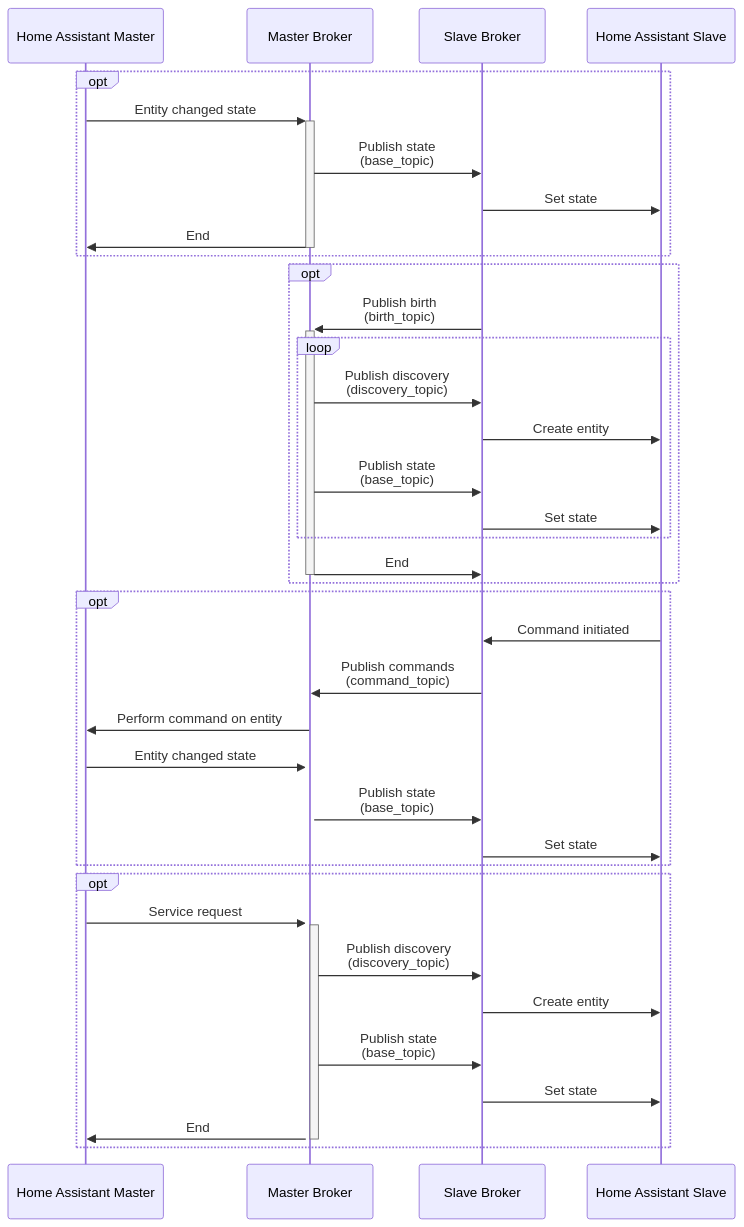
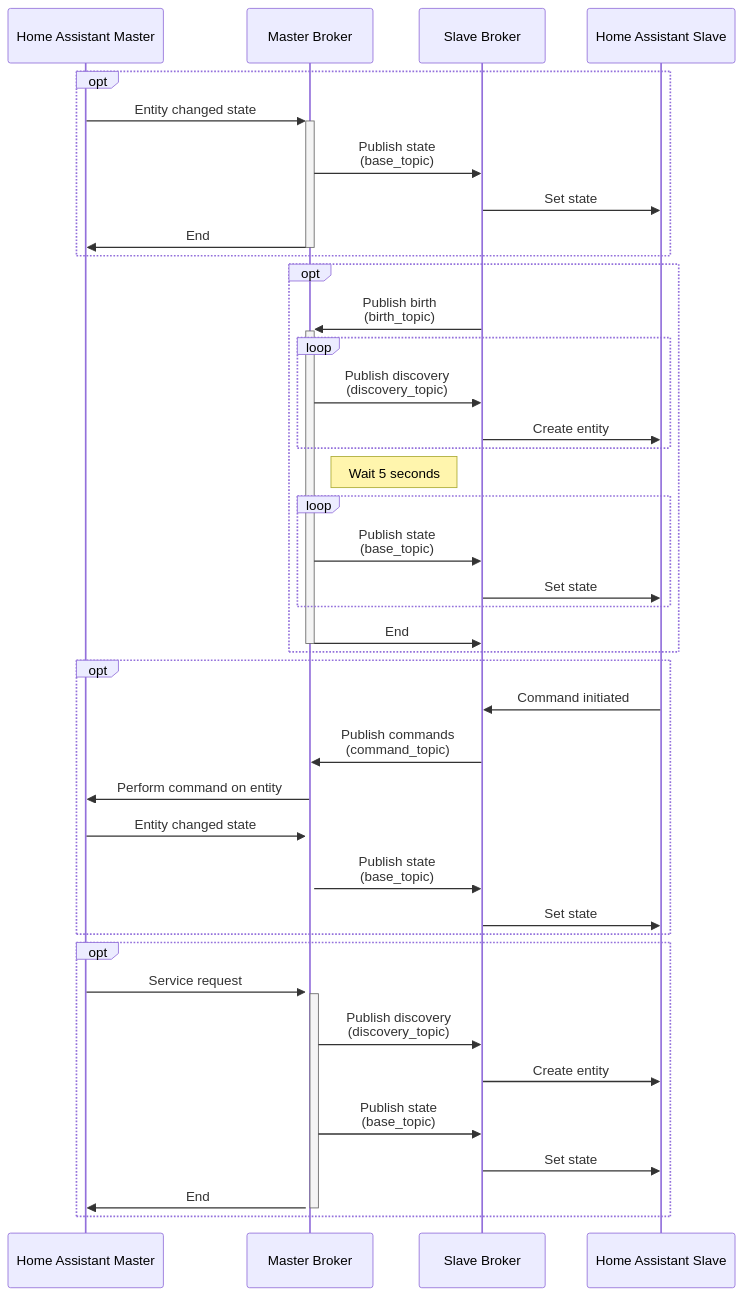
Before and after one commit to RogerSelwyn/mqtt_discoverystream_ha: the second of 2 diagrams in README.md, drawn with Mermaid.

````diff
--- a/README.md
+++ b/README.md
@@ -124,41 +124,44 @@
 ```mermaid
 sequenceDiagram
 participant H as Home Assistant Master
 participant M as Master Broker
 participant S as Slave Broker
 participant R as Home Assistant Slave
 opt
   H->>+M: Entity changed state
   M->>S: Publish state<br/>(base_topic)
   S->>R: Set state
   M->>-H: End
 end
 
 opt
   S->>+M: Publish birth<br/>(birth_topic)
   loop 
     M->>S: Publish discovery<br/>(discovery_topic)
     S->>R: Create entity
+  end
+note right of M: Wait 5 seconds
+  loop 
     M->>S: Publish state<br/>(base_topic)
     S->>R: Set state
   end
   M->>-S: End
 end
 opt
   R->>S: Command initiated
   S->>M: Publish commands<br/>(command_topic)
   M->>H: Perform command on entity
   H->>+M: Entity changed state
   M->>S: Publish state<br/>(base_topic)
   S->>R: Set state
 end
 
 opt
   H->>+M: Service request
   M->>S: Publish discovery<br/>(discovery_topic)
   S->>R: Create entity
   M->>S: Publish state<br/>(base_topic)
   S->>R: Set state
   M->>-H: End
 end
 ```
````
